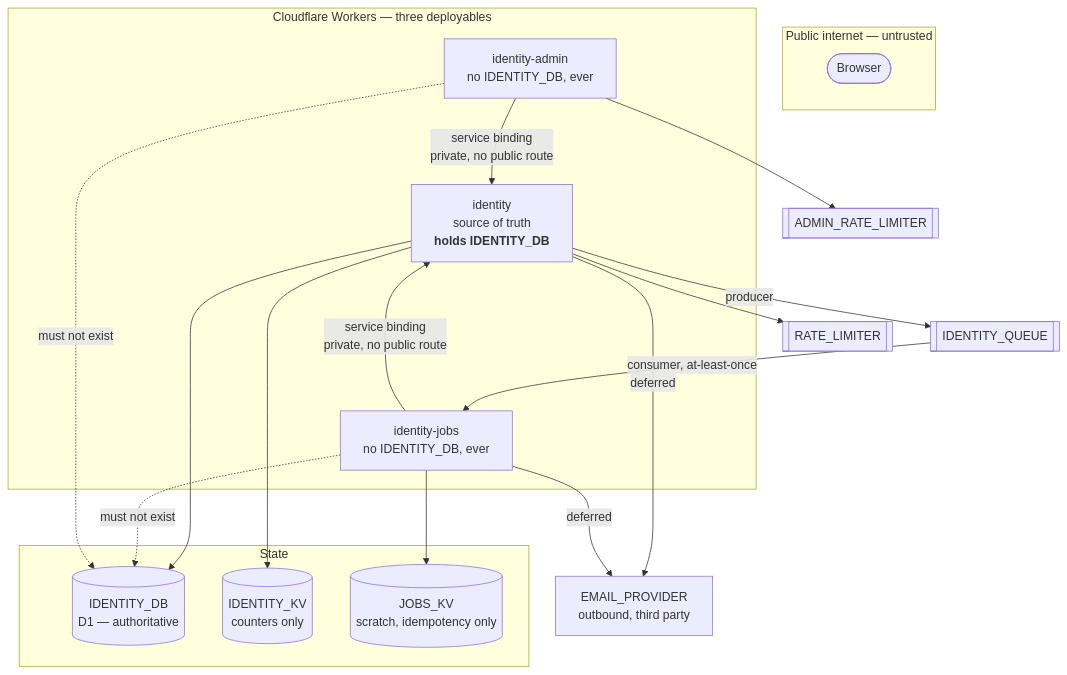
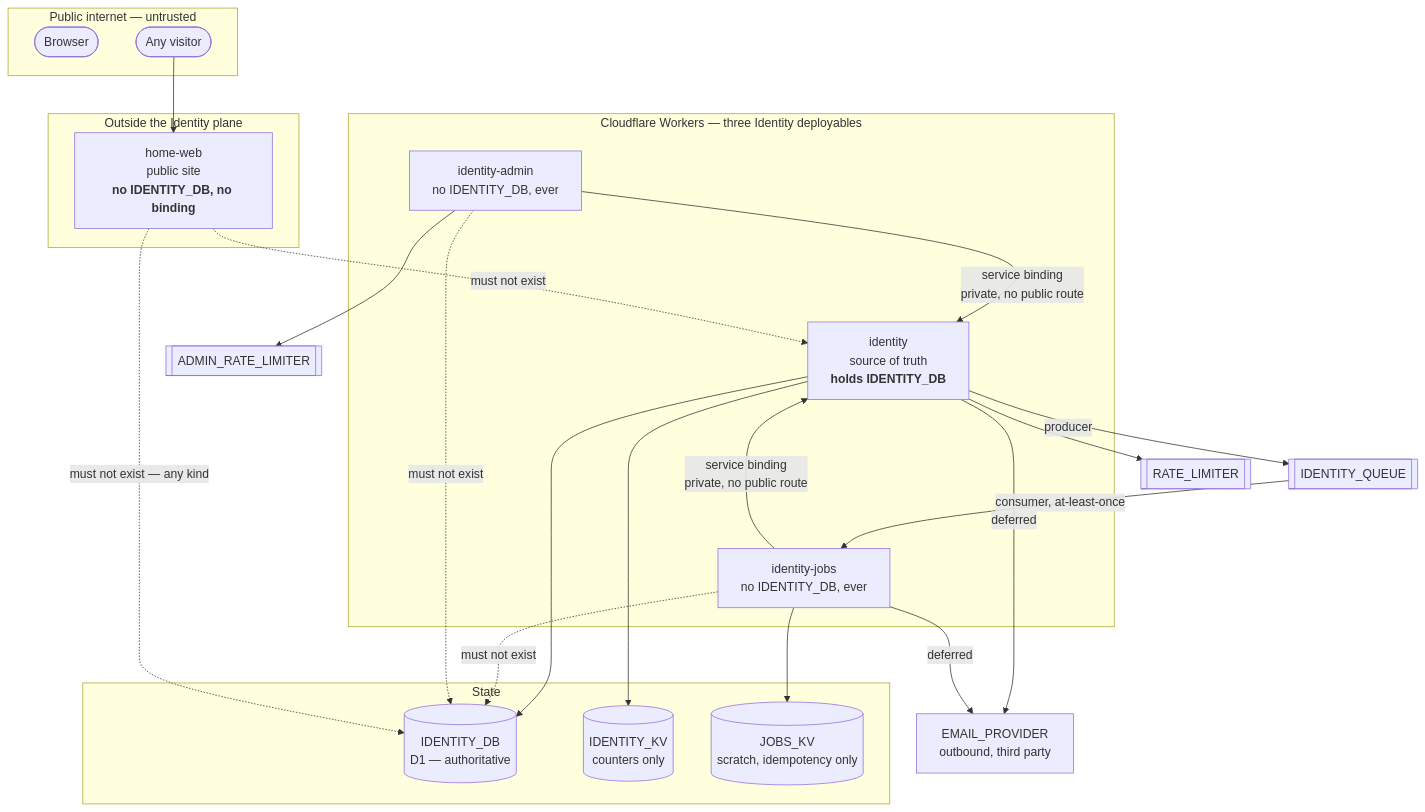
The diagram in docs/architecture/trust-boundaries.md (ecoma-io/ecoma-identity), drawn with Mermaid before and after one commit. The commit also changed other lines of this file and 50 other files, not shown here.

````diff
--- a/docs/architecture/trust-boundaries.md
+++ b/docs/architecture/trust-boundaries.md
@@ -34,37 +41,46 @@
 ```mermaid
 flowchart TB
   Browser([Browser])
+  Visitor([Any visitor])
 
   subgraph Public["Public internet — untrusted"]
     Browser
+    Visitor
   end
 
-  subgraph Workers["Cloudflare Workers — three deployables"]
+  subgraph Workers["Cloudflare Workers — three Identity deployables"]
     ID["identity<br/>source of truth<br/><b>holds IDENTITY_DB</b>"]
     ADMIN["identity-admin<br/>no IDENTITY_DB, ever"]
     JOBS["identity-jobs<br/>no IDENTITY_DB, ever"]
+  end
+
+  subgraph Outside["Outside the Identity plane"]
+    HOME["home-web<br/>public site<br/><b>no IDENTITY_DB, no binding</b>"]
   end
 
   subgraph State["State"]
     D1[("IDENTITY_DB<br/>D1 — authoritative")]
     KVID[("IDENTITY_KV<br/>counters only")]
     JKV[("JOBS_KV<br/>scratch, idempotency only")]
   end
 
   Q[["IDENTITY_QUEUE"]]
   EMAIL["EMAIL_PROVIDER<br/>outbound, third party"]
 
   ADMIN -->|"service binding<br/>private, no public route"| ID
   JOBS -->|"service binding<br/>private, no public route"| ID
   ID --> D1
   ID --> KVID
   ID -->|"producer"| Q
   Q -->|"consumer, at-least-once"| JOBS
   JOBS --> JKV
   ID -->|"deferred"| EMAIL
   JOBS -->|"deferred"| EMAIL
   ADMIN --> ADMINKV[["ADMIN_RATE_LIMITER"]]
   ID --> RATE[["RATE_LIMITER"]]
   JOBS -.->|"must not exist"| D1
   ADMIN -.->|"must not exist"| D1
+  Visitor --> HOME
+  HOME -.->|"must not exist — any kind"| D1
+  HOME -.->|"must not exist"| ID
 ```
````
